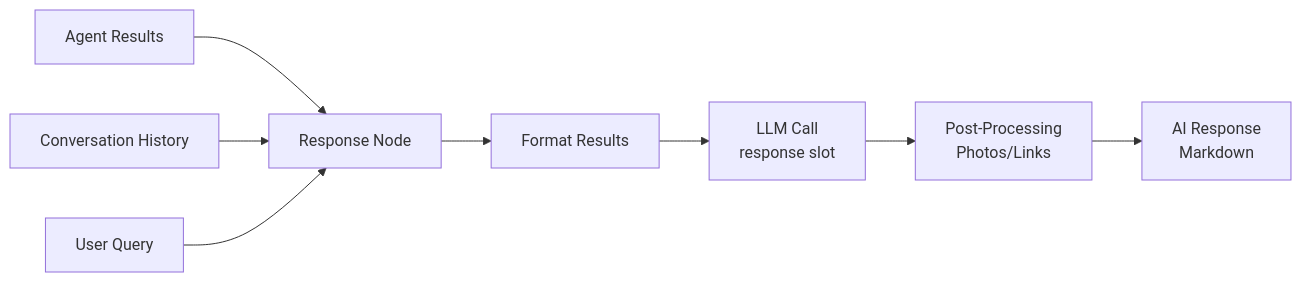
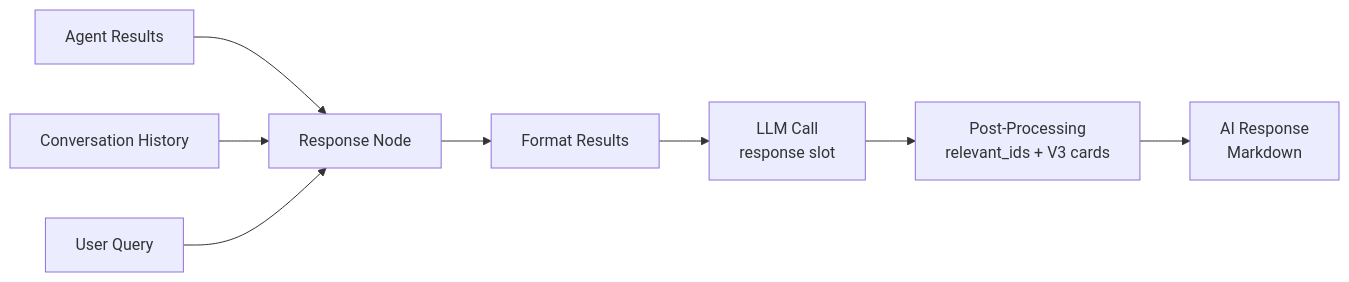
One commit to jgouviergmail/LIA-Assistant changed the first of 5 diagrams in docs/technical/RESPONSE.md. Above: the diagram before and after it, drawn with Mermaid. The commit also changed other lines of this file and 1512 other files, not shown here.

````diff
--- a/docs/technical/RESPONSE.md
+++ b/docs/technical/RESPONSE.md
@@ -36,10 +36,10 @@
 ```mermaid
 graph LR
     A[Agent Results] --> B[Response Node]
     C[Conversation History] --> B
     D[User Query] --> B
     B --> E[Format Results]
     E --> F[LLM Call<br/>response slot]
-    F --> G[Post-Processing<br/>Photos/Links]
+    F --> G[Post-Processing<br/>relevant_ids + V3 cards]
     G --> H[AI Response<br/>Markdown]
 ```
````
